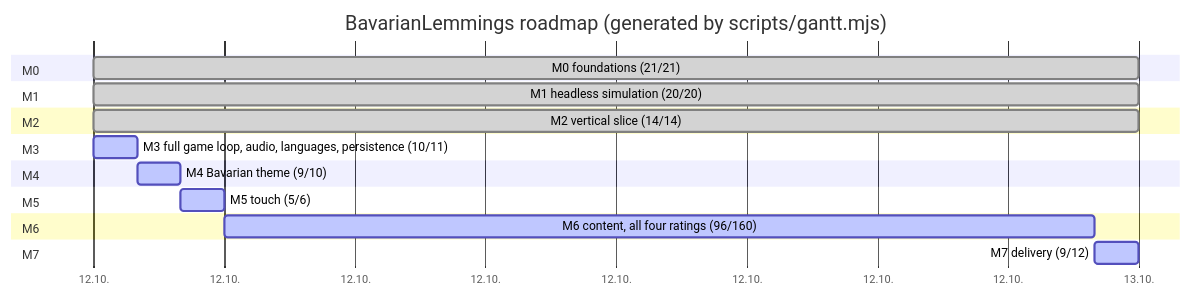
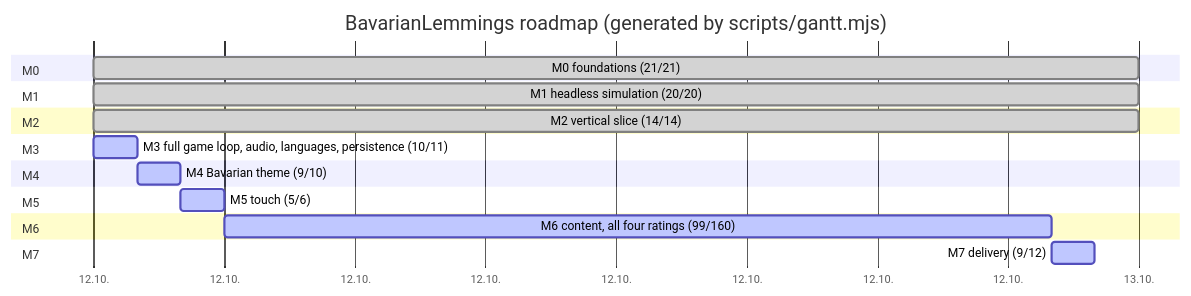
The diagram in plan.md (marcelpetrick/BavarianLemmings), drawn with Mermaid before and after one commit. The commit also changed other lines of this file and 12 other files, not shown here.

````diff
--- a/plan.md
+++ b/plan.md
@@ -43,22 +43,22 @@
 ```mermaid
 gantt
     title BavarianLemmings roadmap (generated by scripts/gantt.mjs)
     dateFormat  YYYY-MM-DD
     axisFormat  %d.%m.
     section M0
     M0 foundations (21/21) :done, m0, 2026-10-12, 1d
     section M1
     M1 headless simulation (20/20) :done, m1, 2026-10-12, 1d
     section M2
     M2 vertical slice (14/14) :done, m2, 2026-10-12, 1d
     section M3
     M3 full game loop, audio, languages, persistence (10/11) :active, m3, 2026-10-12, 1h
     section M4
     M4 Bavarian theme (9/10) :active, m4, after m3, 1h
     section M5
     M5 touch (5/6) :active, m5, after m4, 1h
     section M6
-    M6 content, all four ratings (96/160) :active, m6, after m5, 20h
+    M6 content, all four ratings (99/160) :active, m6, after m5, 19h
     section M7
     M7 delivery (9/12) :active, m7, after m6, 1h
 ```
````
